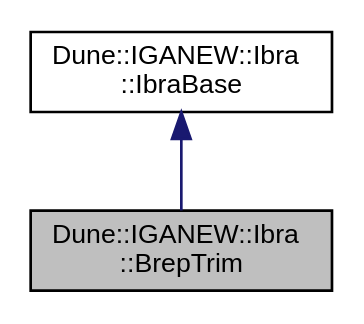
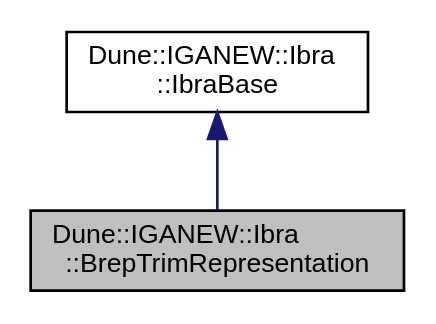
The diagram in d4/d10/a01278.dot (rath3t/dune-iga-doc), drawn with Graphviz before and after one commit. The commit also changed 1308 other files, not shown here.

```diff
--- a/d4/d10/a01278.dot
+++ b/d4/d10/a01278.dot
@@ -1,9 +1,9 @@
-digraph "Dune::IGANEW::Ibra::BrepTrim"
+digraph "Dune::IGANEW::Ibra::BrepTrimRepresentation"
 {
  // LATEX_PDF_SIZE
   edge [fontname="Helvetica",fontsize="10",labelfontname="Helvetica",labelfontsize="10"];
   node [fontname="Helvetica",fontsize="10",shape=record];
-  Node1 [label="Dune::IGANEW::Ibra\l::BrepTrim",height=0.2,width=0.4,color="black", fillcolor="grey75", style="filled", fontcolor="black",tooltip=" "];
+  Node1 [label="Dune::IGANEW::Ibra\l::BrepTrimRepresentation",height=0.2,width=0.4,color="black", fillcolor="grey75", style="filled", fontcolor="black",tooltip=" "];
   Node2 -> Node1 [dir="back",color="midnightblue",fontsize="10",style="solid",fontname="Helvetica"];
-  Node2 [label="Dune::IGANEW::Ibra\l::IbraBase",height=0.2,width=0.4,color="black", fillcolor="white", style="filled",URL="$d4/d41/a01267.html",tooltip=" "];
+  Node2 [label="Dune::IGANEW::Ibra\l::IbraBase",height=0.2,width=0.4,color="black", fillcolor="white", style="filled",URL="$dd/d39/a01271.html",tooltip=" "];
 }
```
